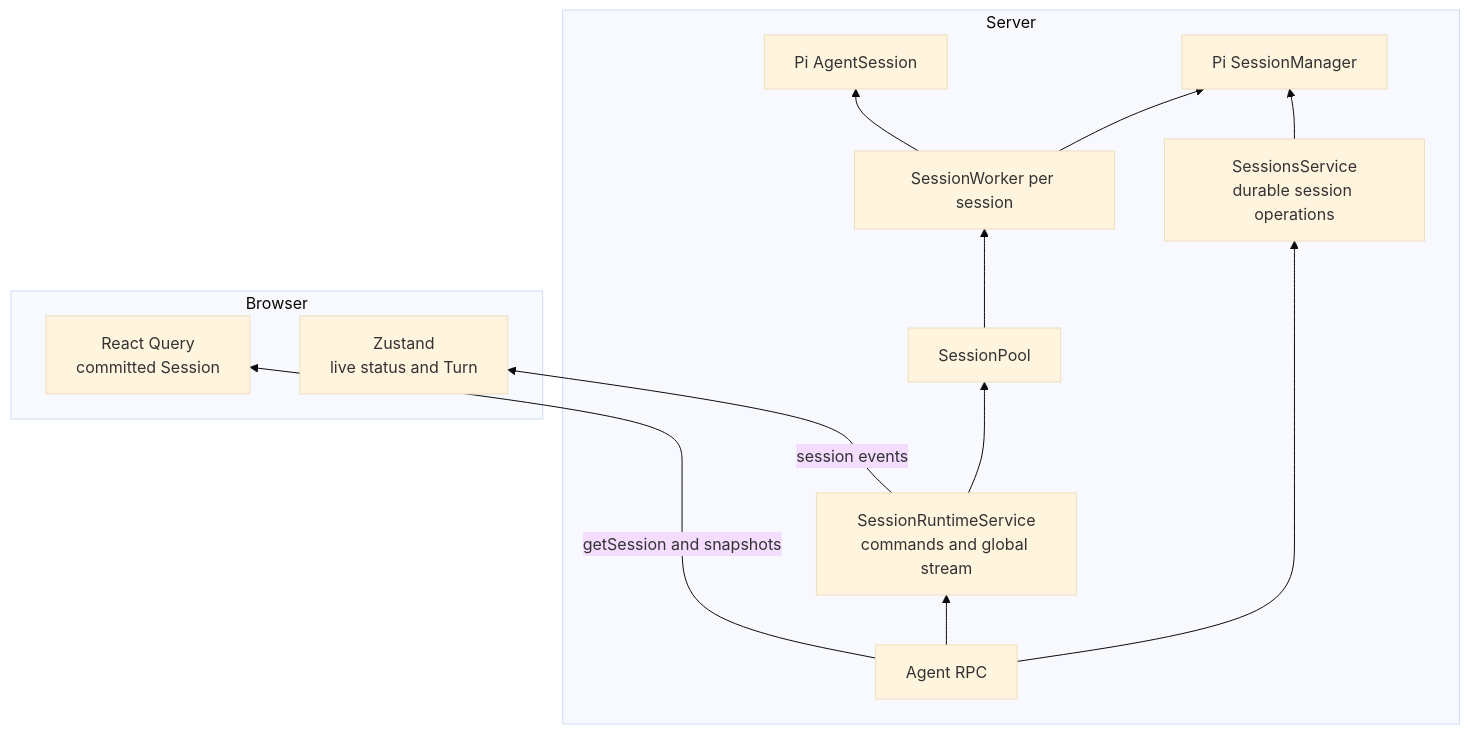
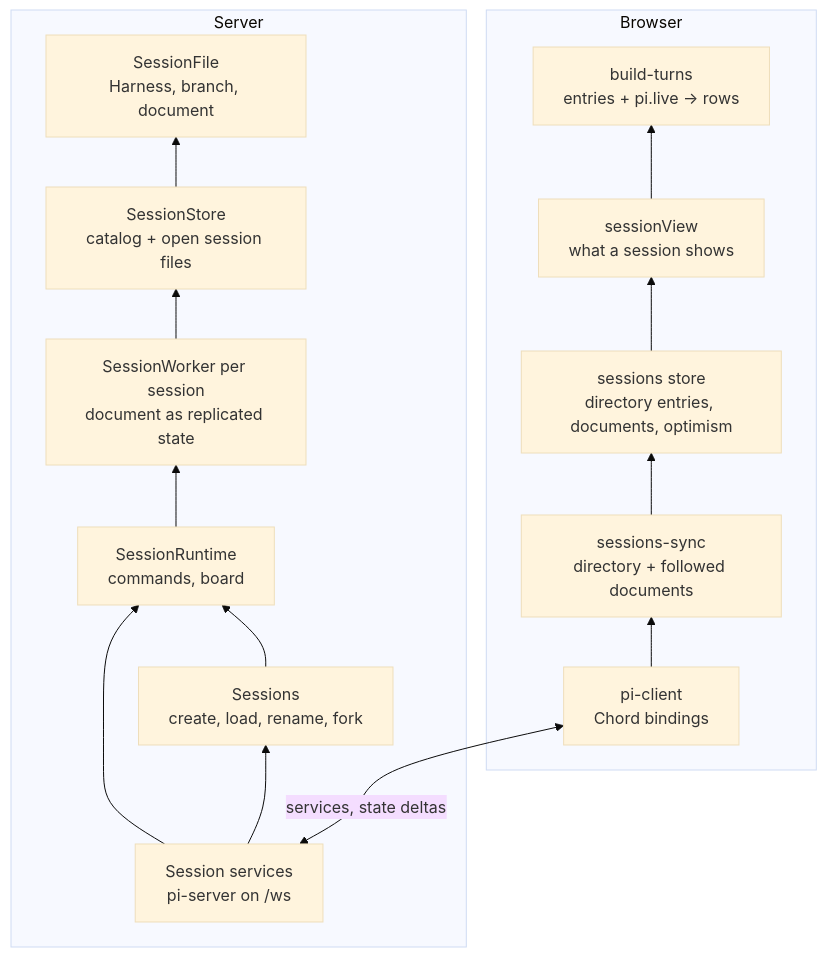
Before and after one commit to mattiacerutti/supernova: the diagram in docs/internal/session-runtime.md, drawn with Mermaid (base theme). The commit also changed other lines of this file and 413 other files, not shown here.

````diff
--- a/docs/internal/session-runtime.md
+++ b/docs/internal/session-runtime.md
@@ -82,28 +53,32 @@
 ```mermaid
 flowchart BT
     subgraph server[Server]
-        rpc[Agent RPC]
-        sessions["SessionsService<br/>durable session operations"]
-        runtimeService["SessionRuntimeService<br/>commands and global stream"]
-        pool[SessionPool]
-        runtime[SessionWorker per session]
-        agent[Pi AgentSession]
-        manager[Pi SessionManager]
+        edge["Session services<br/>pi-server on /ws"]
+        sessions["Sessions<br/>create, load, rename, fork"]
+        runtimeService["SessionRuntime<br/>commands, board"]
+        worker["SessionWorker per session<br/>document as replicated state"]
+        store["SessionStore<br/>catalog + open session files"]
+        file["SessionFile<br/>Harness, branch, document"]
 
-        rpc --> sessions
-        rpc --> runtimeService
-        runtimeService --> pool
-        pool --> runtime
-        sessions --> manager
-        runtime --> agent
-        runtime --> manager
+        edge --> sessions
+        edge --> runtimeService
+        sessions --> runtimeService
+        runtimeService --> worker
+        worker --> store
+        store --> file
     end
 
     subgraph browser[Browser]
-        query["React Query<br/>committed Session"]
-        liveStore["Zustand<br/>live status and Turn"]
+        client["pi-client<br/>Chord bindings"]
+        sync["sessions-sync<br/>directory + followed documents"]
+        sessionsStore["sessions store<br/>directory entries, documents, optimism"]
+        view["sessionView<br/>what a session shows"]
+        timeline["build-turns<br/>entries + pi.live → rows"]
     end
 
-    rpc -->|getSession and snapshots| query
-    runtimeService -->|session events| liveStore
+    edge <-->|services, state deltas| client
+    client --> sync
+    sync --> sessionsStore
+    sessionsStore --> view
+    view --> timeline
 ```
````
